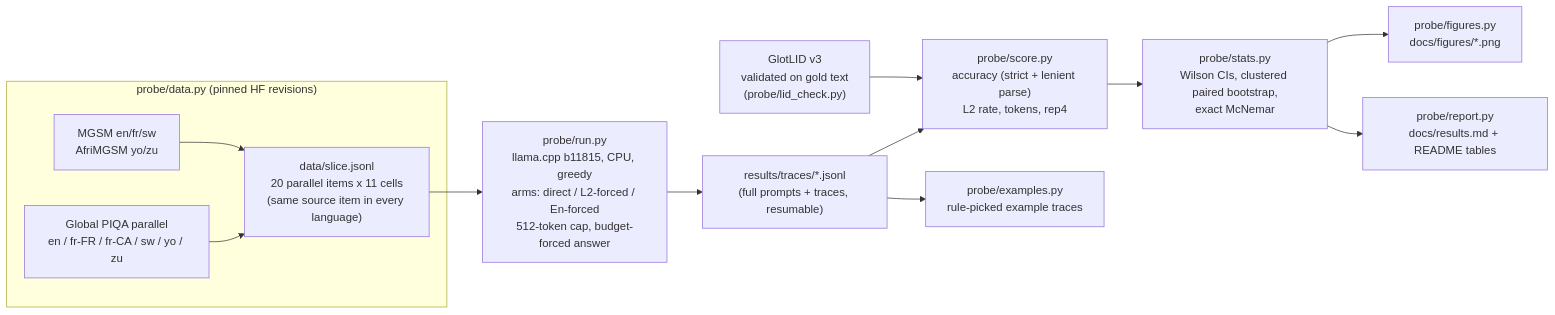
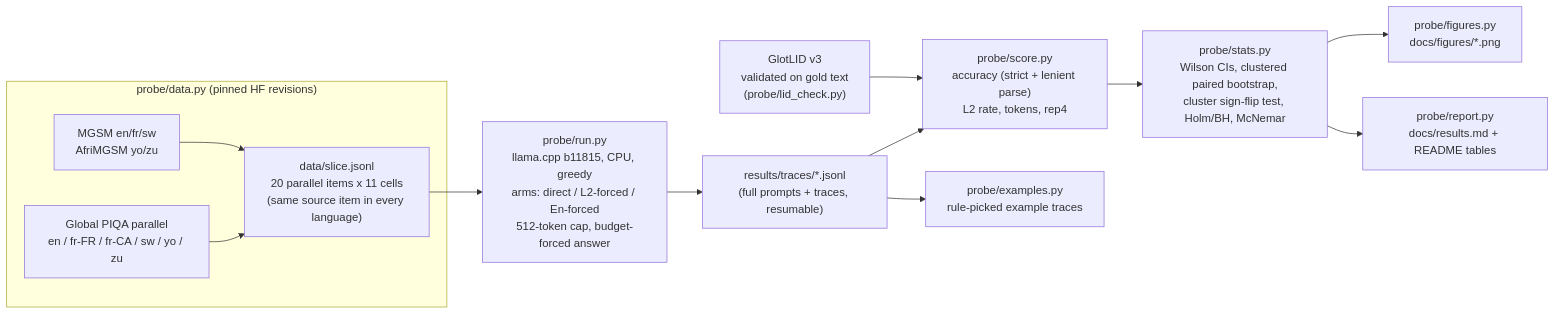
Before and after one commit to arman-dogru/tiny-aya-in-language-reasoning-probe: the diagram in README.md, drawn with Mermaid. The commit also changed other lines of this file and 11 other files, not shown here.

First line of the commit message:
M1, m1, m3, n1, n5, n6: cluster sign-flip test as primary, Holm/BH over 17 L2-vs-En tests, 3-sig-fig p, exploratory framing; mutation-killing tests; byte-stable JSON

````diff
--- a/README.md
+++ b/README.md
@@ -26,15 +28,15 @@
 ```mermaid
 flowchart LR
     subgraph data["probe/data.py (pinned HF revisions)"]
         A1["MGSM en/fr/sw<br/>AfriMGSM yo/zu"] --> S["data/slice.jsonl<br/>20 parallel items x 11 cells<br/>(same source item in every language)"]
         A2["Global PIQA parallel<br/>en / fr-FR / fr-CA / sw / yo / zu"] --> S
     end
     S --> R["probe/run.py<br/>llama.cpp b11815, CPU, greedy<br/>arms: direct / L2-forced / En-forced<br/>512-token cap, budget-forced answer"]
     R --> T["results/traces/*.jsonl<br/>(full prompts + traces, resumable)"]
     G["GlotLID v3<br/>validated on gold text<br/>(probe/lid_check.py)"] --> SC
     T --> SC["probe/score.py<br/>accuracy (strict + lenient parse)<br/>L2 rate, tokens, rep4"]
-    SC --> ST["probe/stats.py<br/>Wilson CIs, clustered paired bootstrap,<br/>exact McNemar"]
+    SC --> ST["probe/stats.py<br/>Wilson CIs, clustered paired bootstrap,<br/>cluster sign-flip test, Holm/BH, McNemar"]
     ST --> F["probe/figures.py<br/>docs/figures/*.png"]
     ST --> MD["probe/report.py<br/>docs/results.md + README tables"]
     T --> EX["probe/examples.py<br/>rule-picked example traces"]
 ```
````
